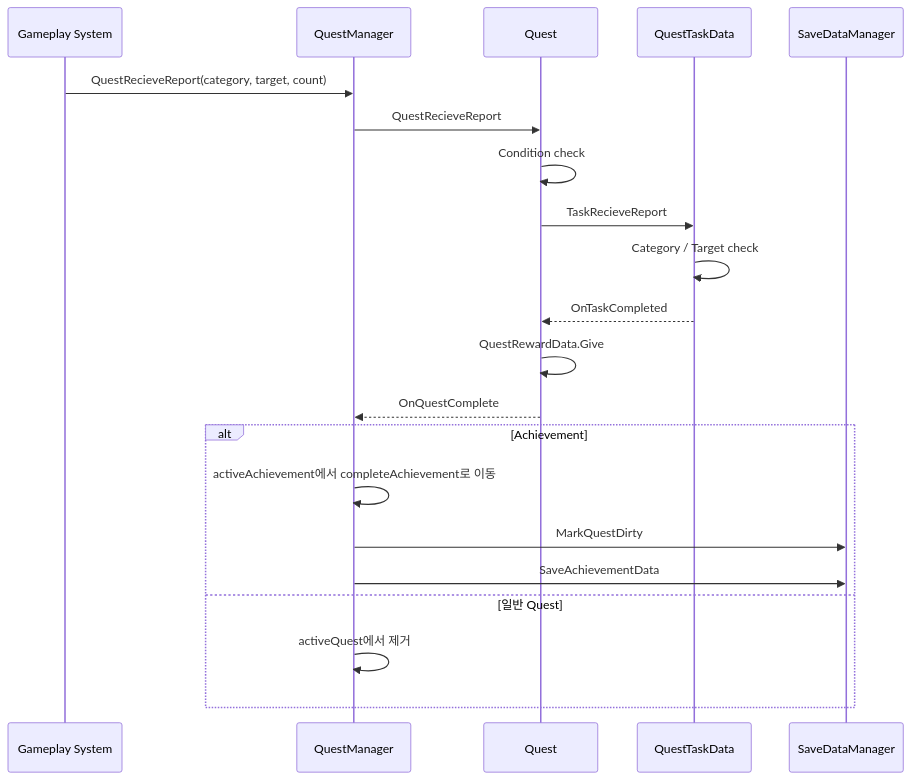
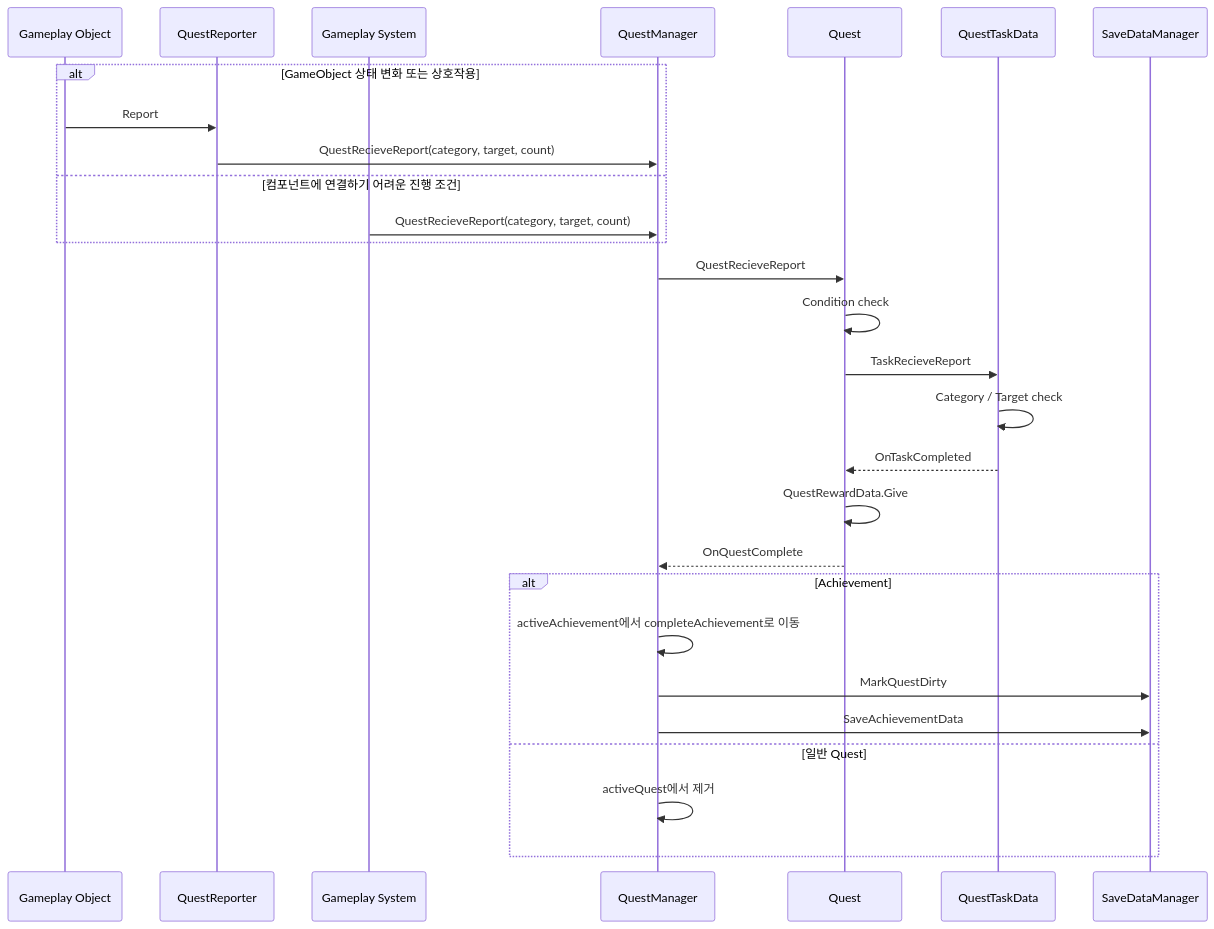
Before and after one commit to limrum09/RandomTowerDefence: the second of 2 diagrams in Docs/Systems/QuestSystem.md, drawn with Mermaid. The commit also changed other lines of this file and 68 other files, not shown here.

````diff
--- a/Docs/Systems/QuestSystem.md
+++ b/Docs/Systems/QuestSystem.md
@@ -52,24 +55,31 @@
 ```mermaid
 sequenceDiagram
-    participant Game as Gameplay System
+    participant Object as Gameplay Object
+    participant Reporter as QuestReporter
+    participant System as Gameplay System
     participant QM as QuestManager
     participant Q as Quest
     participant T as QuestTaskData
     participant S as SaveDataManager
 
-    Game->>QM: QuestRecieveReport(category, target, count)
+    alt GameObject 상태 변화 또는 상호작용
+        Object->>Reporter: Report
+        Reporter->>QM: QuestRecieveReport(category, target, count)
+    else 컴포넌트에 연결하기 어려운 진행 조건
+        System->>QM: QuestRecieveReport(category, target, count)
+    end
     QM->>Q: QuestRecieveReport
     Q->>Q: Condition check
     Q->>T: TaskRecieveReport
     T->>T: Category / Target check
     T-->>Q: OnTaskCompleted
     Q->>Q: QuestRewardData.Give
     Q-->>QM: OnQuestComplete
     alt Achievement
         QM->>QM: activeAchievement에서 completeAchievement로 이동
         QM->>S: MarkQuestDirty
         QM->>S: SaveAchievementData
     else 일반 Quest
         QM->>QM: activeQuest에서 제거
     end
 ```
````
